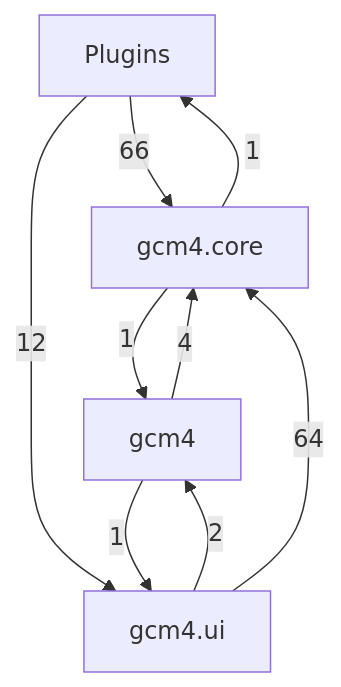
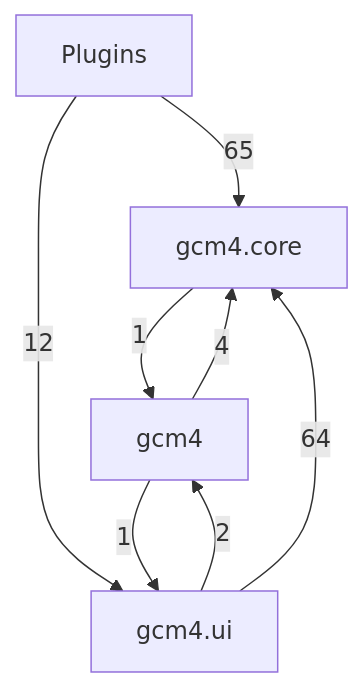
One commit to Mathilde-Team/Gcm4 changed the first of 5 diagrams in docs/class-diagram.md. Above: the diagram before and after it, drawn with Mermaid. The commit also changed other lines of this file and 144 other files, not shown here.

````diff
--- a/docs/class-diagram.md
+++ b/docs/class-diagram.md
@@ -21,15 +21,14 @@
 ```mermaid
 flowchart TD
     g0["Plugins"]
     g1["gcm4"]
     g2["gcm4.core"]
     g3["gcm4.ui"]
-    g0 -->|66| g2
+    g0 -->|65| g2
     g0 -->|12| g3
     g1 -->|4| g2
     g1 -->|1| g3
-    g2 -->|1| g0
     g2 -->|1| g1
     g3 -->|2| g1
     g3 -->|64| g2
 ```
````
